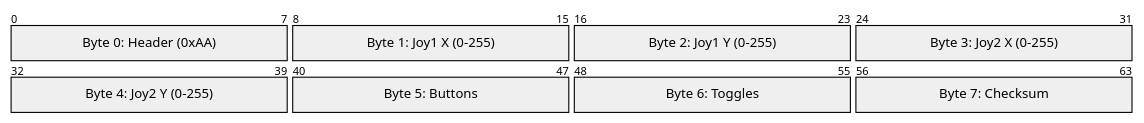
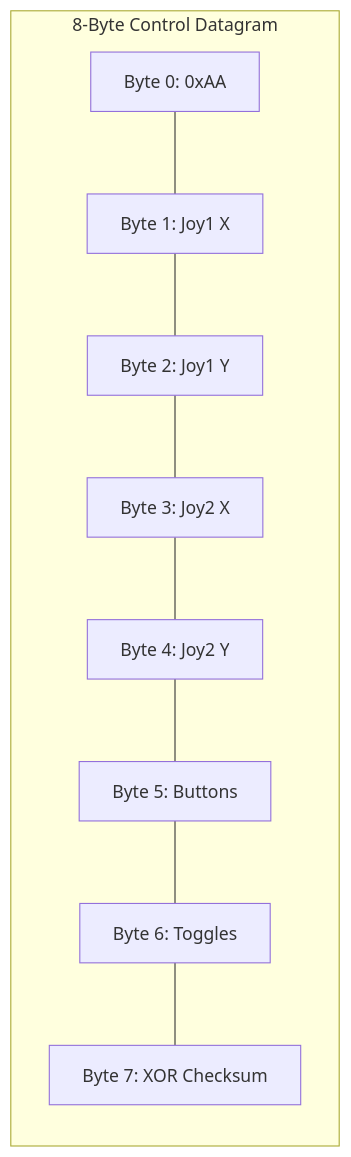
The diagram in docs/protocol.md (ShravanaHS/ESP32-UDP-Controller), drawn with Mermaid before and after one commit.

````diff
--- a/docs/protocol.md
+++ b/docs/protocol.md
@@ -7,11 +7,12 @@
 ```mermaid
-packet-beta
-    0-7: "Byte 0: Header (0xAA)"
-    8-15: "Byte 1: Joy1 X (0-255)"
-    16-23: "Byte 2: Joy1 Y (0-255)"
-    24-31: "Byte 3: Joy2 X (0-255)"
-    32-39: "Byte 4: Joy2 Y (0-255)"
-    40-47: "Byte 5: Buttons"
-    48-55: "Byte 6: Toggles"
-    56-63: "Byte 7: Checksum"
+graph LR
+    subgraph "8-Byte Control Datagram"
+        B0[Byte 0: 0xAA] --- B1[Byte 1: Joy1 X]
+        B1 --- B2[Byte 2: Joy1 Y]
+        B2 --- B3[Byte 3: Joy2 X]
+        B3 --- B4[Byte 4: Joy2 Y]
+        B4 --- B5[Byte 5: Buttons]
+        B5 --- B6[Byte 6: Toggles]
+        B6 --- B7[Byte 7: XOR Checksum]
+    end
 ```
````
